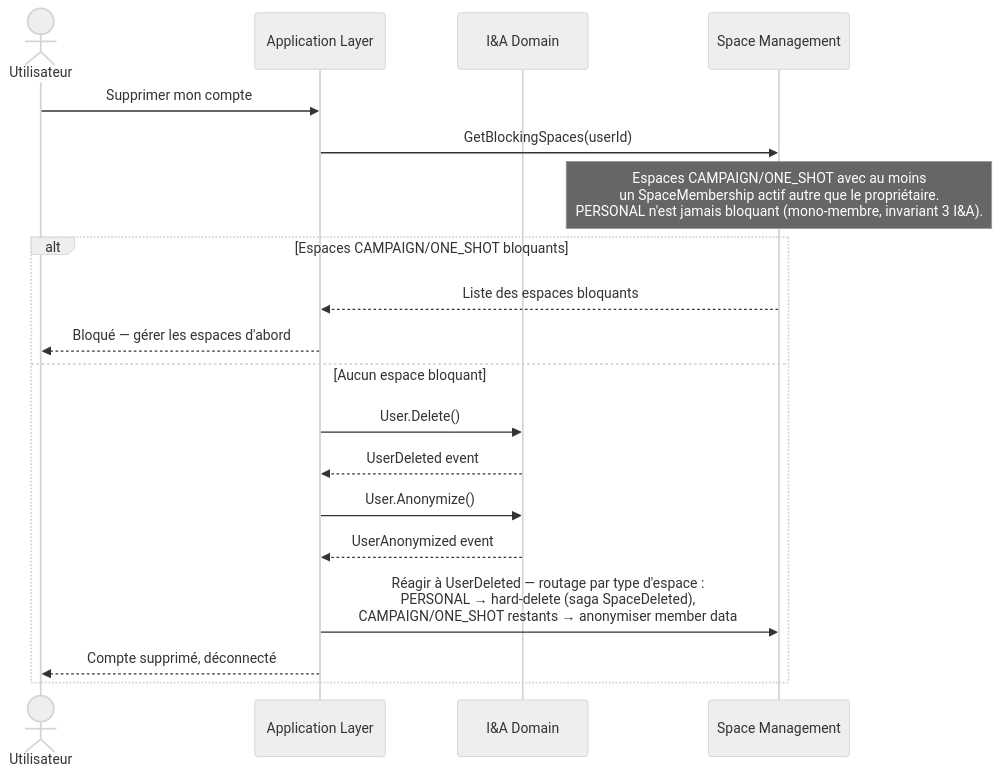
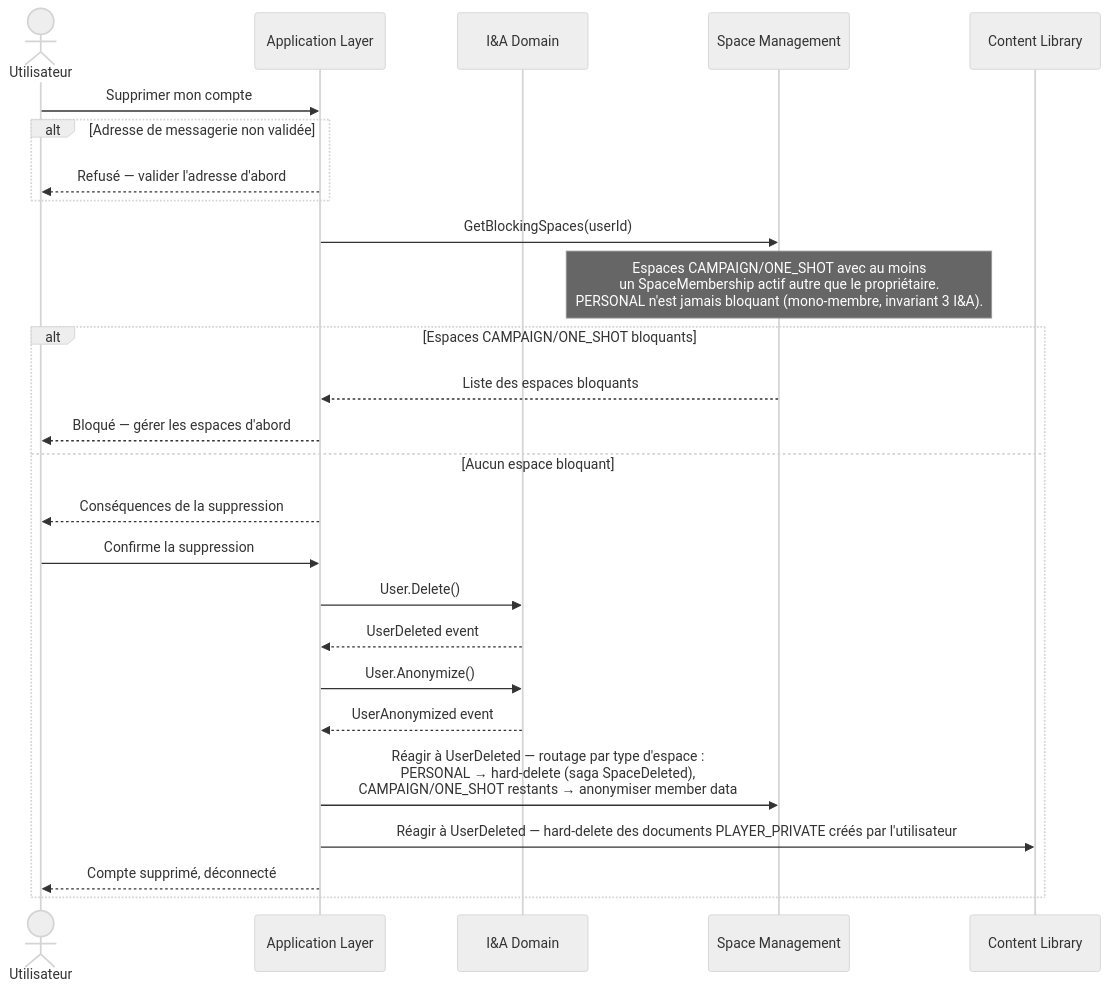
The fourth of 6 diagrams in docs/domaine/identity-access/flows.md (2025-10-CDA-ECO-P6/PM-micro-saas), drawn with Mermaid (neutral theme) before and after one commit. The commit also changed other lines of this file, not shown here.

````diff
--- a/docs/domaine/identity-access/flows.md
+++ b/docs/domaine/identity-access/flows.md
@@ -68,22 +75,29 @@
 ```mermaid
 sequenceDiagram
     actor Utilisateur
     participant App as Application Layer
     participant IA as I&A Domain
     participant SM as Space Management
+    participant CL as Content Library
 
     Utilisateur->>App: Supprimer mon compte
+    alt Adresse de messagerie non validée
+        App-->>Utilisateur: Refusé — valider l'adresse d'abord
+    end
     App->>SM: GetBlockingSpaces(userId)
     Note over SM: Espaces CAMPAIGN/ONE_SHOT avec au moins<br/>un SpaceMembership actif autre que le propriétaire.<br/>PERSONAL n'est jamais bloquant (mono-membre, invariant 3 I&A).
     alt Espaces CAMPAIGN/ONE_SHOT bloquants
         SM-->>App: Liste des espaces bloquants
         App-->>Utilisateur: Bloqué — gérer les espaces d'abord
     else Aucun espace bloquant
+        App-->>Utilisateur: Conséquences de la suppression
+        Utilisateur->>App: Confirme la suppression
         App->>IA: User.Delete()
         IA-->>App: UserDeleted event
         App->>IA: User.Anonymize()
         IA-->>App: UserAnonymized event
         App->>SM: Réagir à UserDeleted — routage par type d'espace :<br/>PERSONAL → hard-delete (saga SpaceDeleted),<br/>CAMPAIGN/ONE_SHOT restants → anonymiser member data
+        App->>CL: Réagir à UserDeleted — hard-delete des documents PLAYER_PRIVATE créés par l'utilisateur
         App-->>Utilisateur: Compte supprimé, déconnecté
     end
 ```
````
